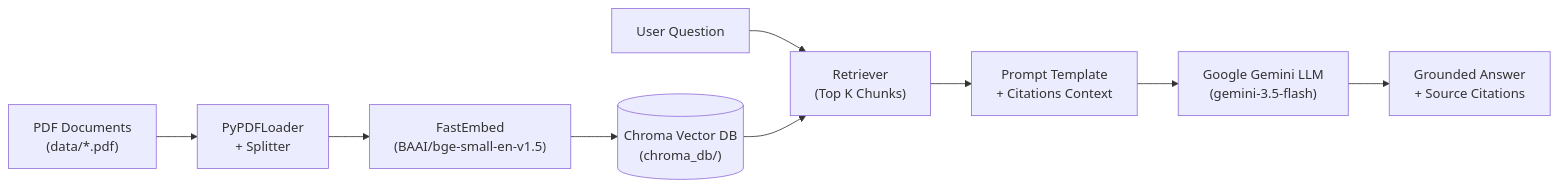
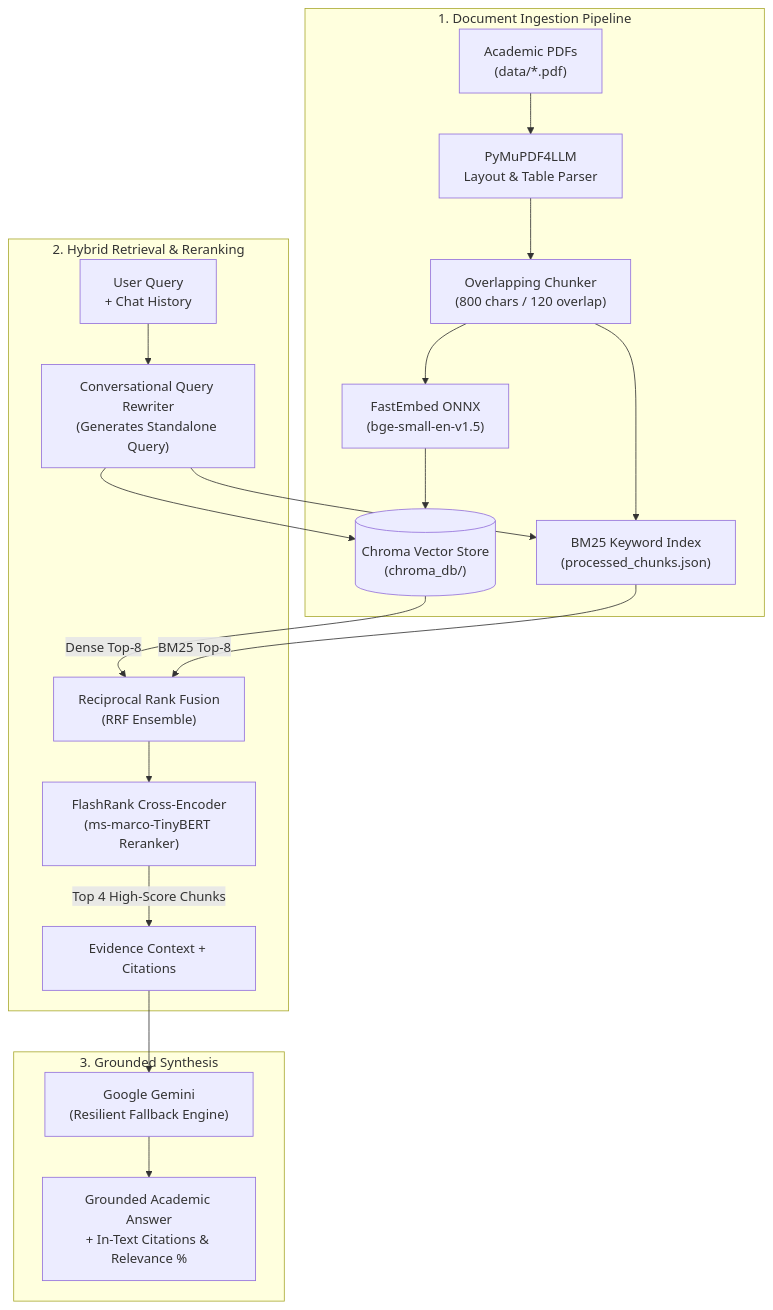
Before and after one commit to Iamdarika/RAG_Research_Assistant: the diagram in README.md, drawn with Mermaid. The commit also changed other lines of this file and 5 other files, not shown here.

First line of the commit message:
feat: upgrade to state-of-the-art academic RAG with hybrid search, FlashRank, and memory

````diff
--- a/README.md
+++ b/README.md
@@ -22,12 +23,25 @@
 ```mermaid
-flowchart LR
-    A["PDF Documents\n(data/*.pdf)"] --> B["PyPDFLoader\n+ Splitter"]
-    B --> C["FastEmbed\n(BAAI/bge-small-en-v1.5)"]
-    C --> D[("Chroma Vector DB\n(chroma_db/)")]
-    
-    E["User Question"] --> F["Retriever\n(Top K Chunks)"]
-    D --> F
-    F --> G["Prompt Template\n+ Citations Context"]
-    G --> H["Google Gemini LLM\n(gemini-3.5-flash)"]
-    H --> I["Grounded Answer\n+ Source Citations"]
+flowchart TD
+    subgraph INGESTION["1. Document Ingestion Pipeline"]
+        A["Academic PDFs\n(data/*.pdf)"] --> B["PyMuPDF4LLM\nLayout & Table Parser"]
+        B --> C["Overlapping Chunker\n(800 chars / 120 overlap)"]
+        C --> D["FastEmbed ONNX\n(bge-small-en-v1.5)"]
+        C --> E["BM25 Keyword Index\n(processed_chunks.json)"]
+        D --> F[("Chroma Vector Store\n(chroma_db/)")]
+    end
+
+    subgraph RETRIEVAL["2. Hybrid Retrieval & Reranking"]
+        Q["User Query\n+ Chat History"] --> QR["Conversational Query Rewriter\n(Generates Standalone Query)"]
+        QR --> F
+        QR --> E
+        F -->|Dense Top-8| RRF["Reciprocal Rank Fusion\n(RRF Ensemble)"]
+        E -->|BM25 Top-8| RRF
+        RRF --> FR["FlashRank Cross-Encoder\n(ms-marco-TinyBERT Reranker)"]
+        FR -->|Top 4 High-Score Chunks| CTX["Evidence Context + Citations"]
+    end
+
+    subgraph GENERATION["3. Grounded Synthesis"]
+        CTX --> LLM["Google Gemini\n(Resilient Fallback Engine)"]
+        LLM --> ANS["Grounded Academic Answer\n+ In-Text Citations & Relevance %"]
+    end
 ```
````
